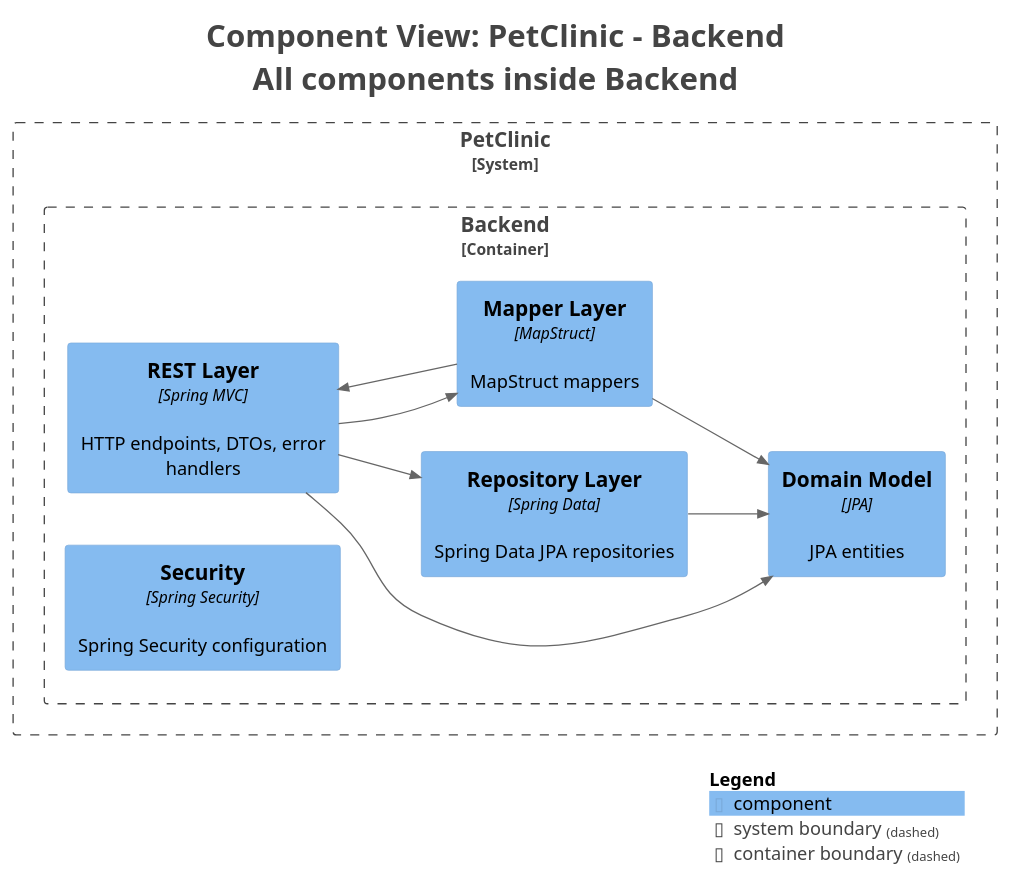
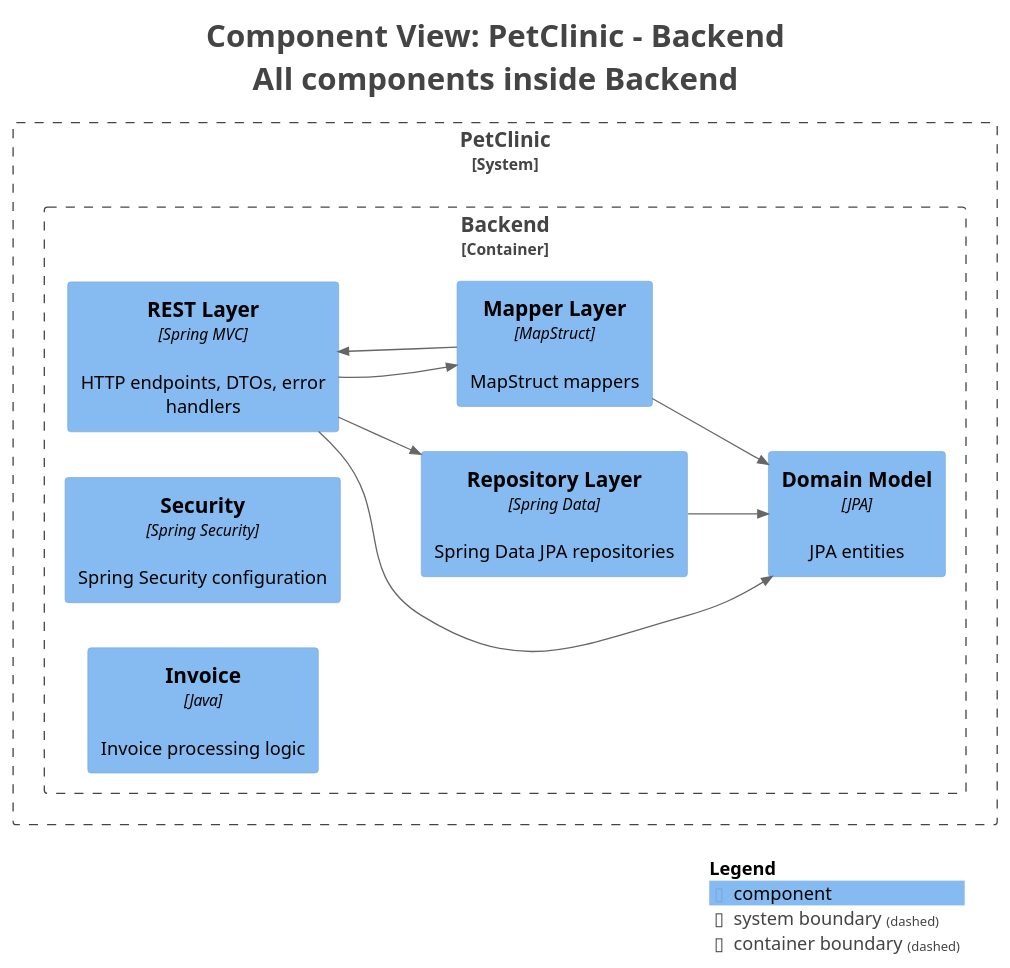
One commit to victorrentea/petclinic changed the diagram in petclinic-backend/docs/generated/c4views/C3-Components-All.puml. Above: the diagram before and after it, drawn with PlantUML. The commit also changed 9 other files, not shown here.

```diff
--- a/petclinic-backend/docs/generated/c4views/C3-Components-All.puml
+++ b/petclinic-backend/docs/generated/c4views/C3-Components-All.puml
@@ -1,38 +1,39 @@
 @startuml
 title <size:24>Component View: PetClinic - Backend</size>\n<size:24>All components inside Backend</size>
 
 set separator none
 left to right direction
 
 <style>
   root {
     BackgroundColor: #ffffff
     FontColor: #444444
   }
 </style>
 
 !include <C4/C4>
 !include <C4/C4_Context>
 !include <C4/C4_Component>
 
 System_Boundary("PetClinic_boundary", "PetClinic", $tags="") {
   Container_Boundary("PetClinic.Backend_boundary", "Backend", $tags="") {
     Component(PetClinic.Backend.RESTLayer, "REST Layer", $techn="Spring MVC", $descr="HTTP endpoints, DTOs, error handlers", $tags="", $link="")
     Component(PetClinic.Backend.DomainModel, "Domain Model", $techn="JPA", $descr="JPA entities", $tags="", $link="")
     Component(PetClinic.Backend.RepositoryLayer, "Repository Layer", $techn="Spring Data", $descr="Spring Data JPA repositories", $tags="", $link="")
     Component(PetClinic.Backend.MapperLayer, "Mapper Layer", $techn="MapStruct", $descr="MapStruct mappers", $tags="", $link="")
     Component(PetClinic.Backend.Security, "Security", $techn="Spring Security", $descr="Spring Security configuration", $tags="", $link="")
+    Component(PetClinic.Backend.Invoice, "Invoice", $techn="Java", $descr="Invoice processing logic", $tags="", $link="")
   }
 
 }
 
 Rel(PetClinic.Backend.RepositoryLayer, PetClinic.Backend.DomainModel, "", $techn="", $tags="", $link="")
+Rel(PetClinic.Backend.MapperLayer, PetClinic.Backend.DomainModel, "", $techn="", $tags="", $link="")
+Rel(PetClinic.Backend.MapperLayer, PetClinic.Backend.RESTLayer, "", $techn="", $tags="", $link="")
 Rel(PetClinic.Backend.RESTLayer, PetClinic.Backend.DomainModel, "", $techn="", $tags="", $link="")
 Rel(PetClinic.Backend.RESTLayer, PetClinic.Backend.MapperLayer, "", $techn="", $tags="", $link="")
 Rel(PetClinic.Backend.RESTLayer, PetClinic.Backend.RepositoryLayer, "", $techn="", $tags="", $link="")
-Rel(PetClinic.Backend.MapperLayer, PetClinic.Backend.DomainModel, "", $techn="", $tags="", $link="")
-Rel(PetClinic.Backend.MapperLayer, PetClinic.Backend.RESTLayer, "", $techn="", $tags="", $link="")
 
 SHOW_LEGEND(true)
 hide stereotypes
 @enduml
```
